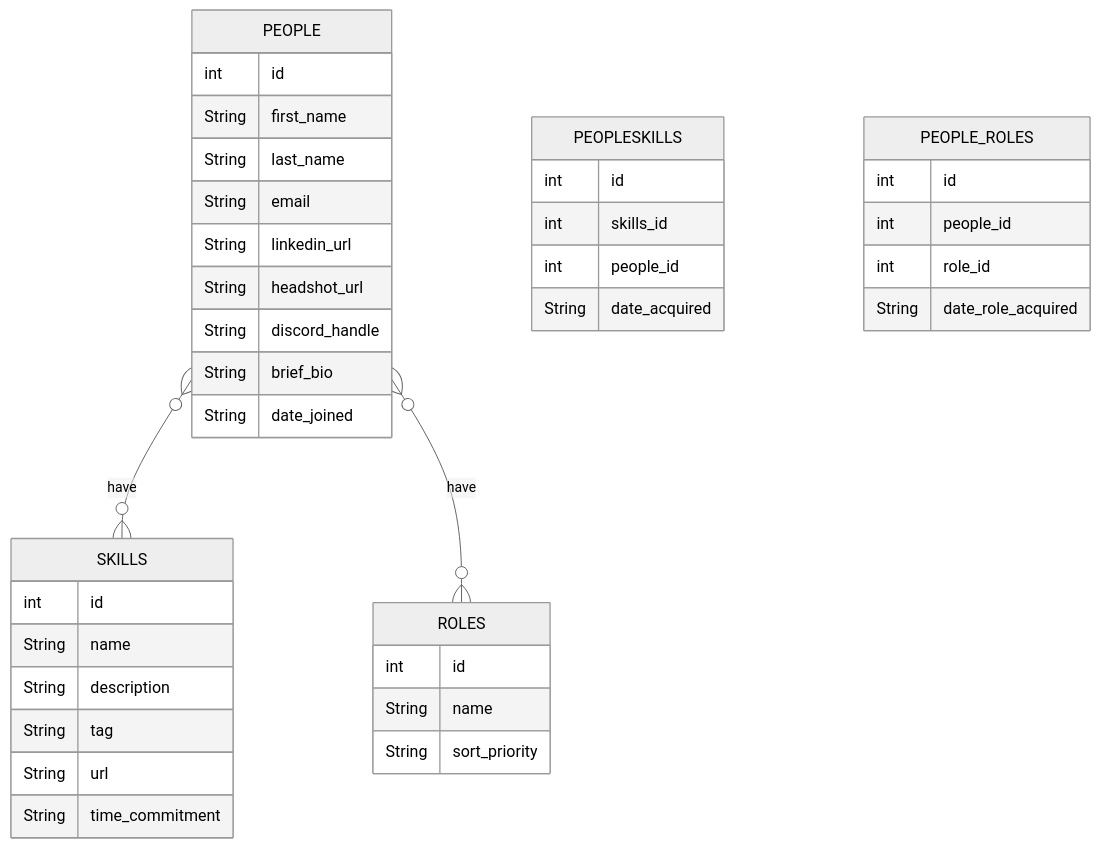
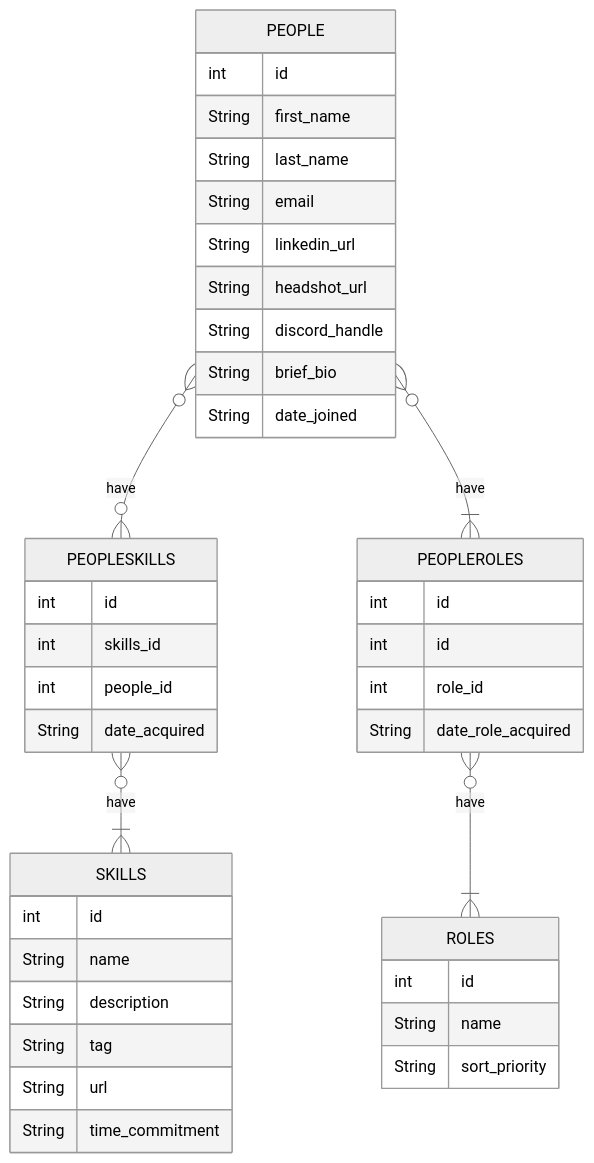
One commit to cmsc-vcu/cmsc508-fa2023-hw7-nguyennhn changed the diagram in hw7/hw7.qmd. Above: the diagram before and after it, drawn with Mermaid (neutral theme). The commit also changed other lines of this file and 2 other files, not shown here.

````diff
--- a/hw7/hw7.qmd
+++ b/hw7/hw7.qmd
@@ -99,44 +97,46 @@
 ```{mermaid}
 %%| echo: false
 erDiagram
-    PEOPLE }o--o{ SKILLS : have
-    PEOPLE }o--o{ ROLES : have
+    PEOPLE }o--o{ PEOPLESKILLS : have
+    PEOPLE }o--|{ PEOPLEROLES : have
+    PEOPLESKILLS}o--|{ SKILLS : have
+    PEOPLEROLES}o--|{ ROLES : have
 
     SKILLS{
         int id
         String name
         String description
         String tag
         String url
         String time_commitment
     }
     PEOPLE{
         int id
         String first_name
         String last_name
         String email
         String linkedin_url
         String headshot_url
         String discord_handle
         String brief_bio
         String date_joined
     }
     PEOPLESKILLS{
         int id
         int skills_id
         int people_id
         String date_acquired
     }
     ROLES{
         int id
         String name
         String sort_priority
     }
-    PEOPLE_ROLES{
+    PEOPLEROLES{
         int id
-        int people_id
+        int id
         int role_id
         String date_role_acquired
     }
     
 ```
````
